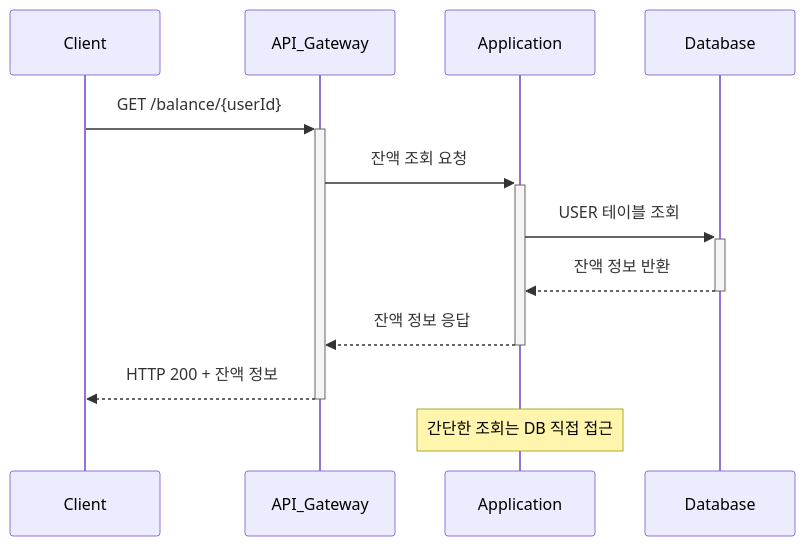
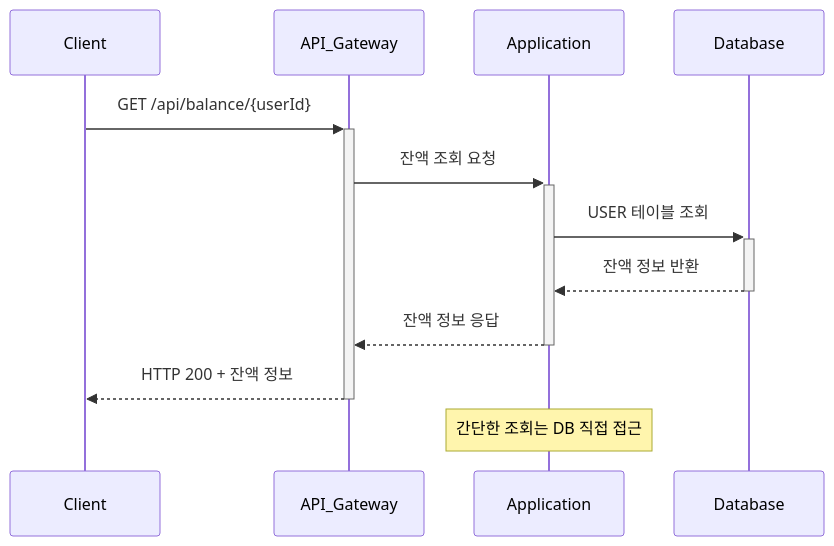
Before and after one commit to yuni02/hhplus-ecommerce: the first of 7 diagrams in docs/sequence_diagram.md, drawn with Mermaid. The commit also changed other lines of this file and 2 other files, not shown here.

````diff
--- a/docs/sequence_diagram.md
+++ b/docs/sequence_diagram.md
@@ -5,16 +5,16 @@
 ```mermaid
 sequenceDiagram
     participant Client as Client
     participant API as API_Gateway
     participant App as Application
     participant DB as Database
 
-    Client->>+API: GET /balance/{userId}
+    Client->>+API: GET /api/balance/{userId}
     API->>+App: 잔액 조회 요청
     App->>+DB: USER 테이블 조회
     DB-->>-App: 잔액 정보 반환
     App-->>-API: 잔액 정보 응답
     API-->>-Client: HTTP 200 + 잔액 정보
 
     Note over App: 간단한 조회는 DB 직접 접근
 ```
````
